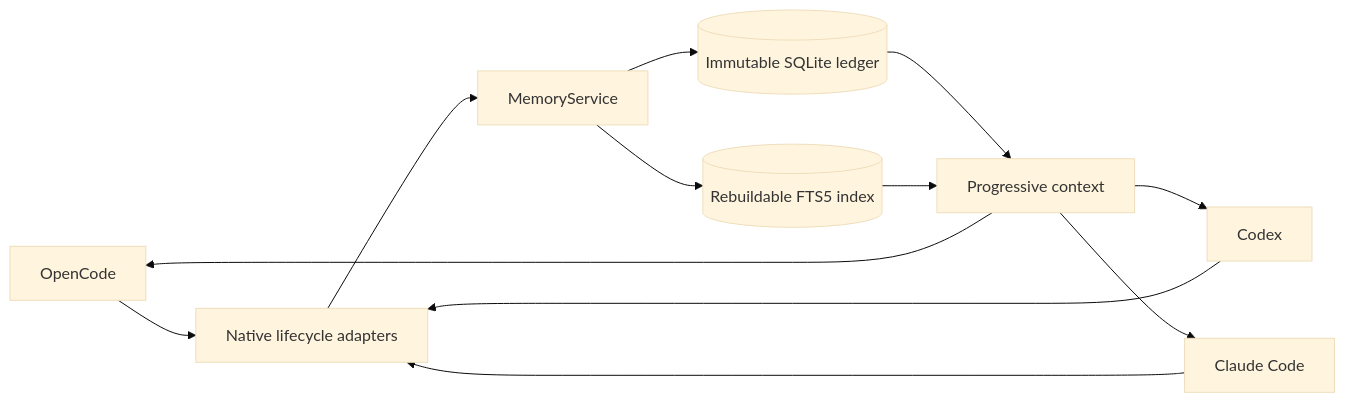
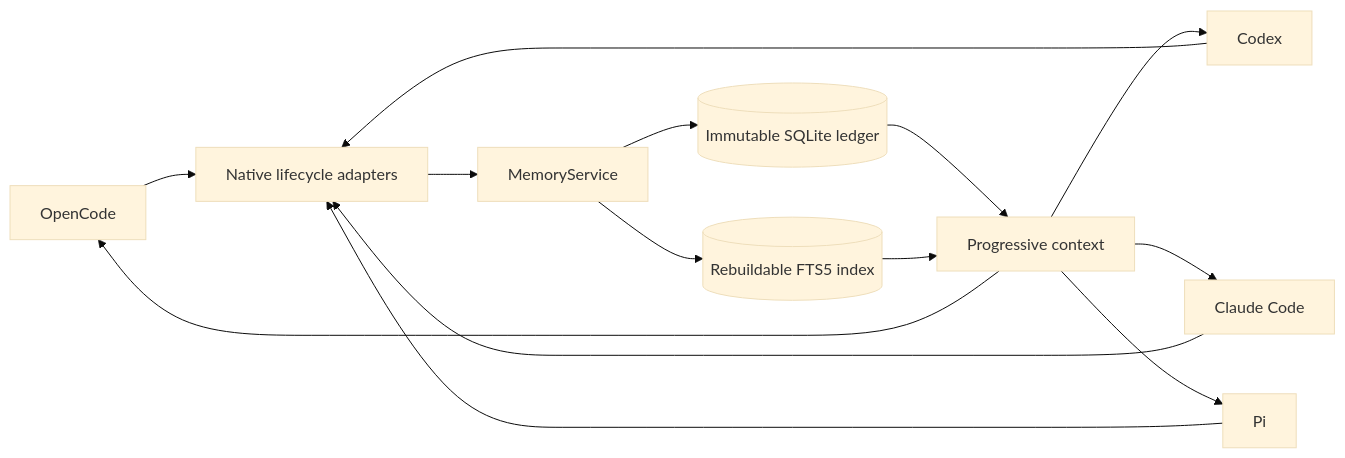
Before and after one commit to EremesNG/thoth-mem: the diagram in README.md, drawn with Mermaid (base theme). The commit also changed other lines of this file and 1 other file, not shown here.

````diff
--- a/README.md
+++ b/README.md
@@ -38,14 +38,16 @@
 ```mermaid
 flowchart LR
   O[OpenCode] --> H[Native lifecycle adapters]
   C[Codex] --> H
   A[Claude Code] --> H
+  P[Pi] --> H
   H --> S[MemoryService]
   S --> L[(Immutable SQLite ledger)]
   S --> F[(Rebuildable FTS5 index)]
   L --> R[Progressive context]
   F --> R
   R --> O
   R --> C
   R --> A
+  R --> P
 ```
````
